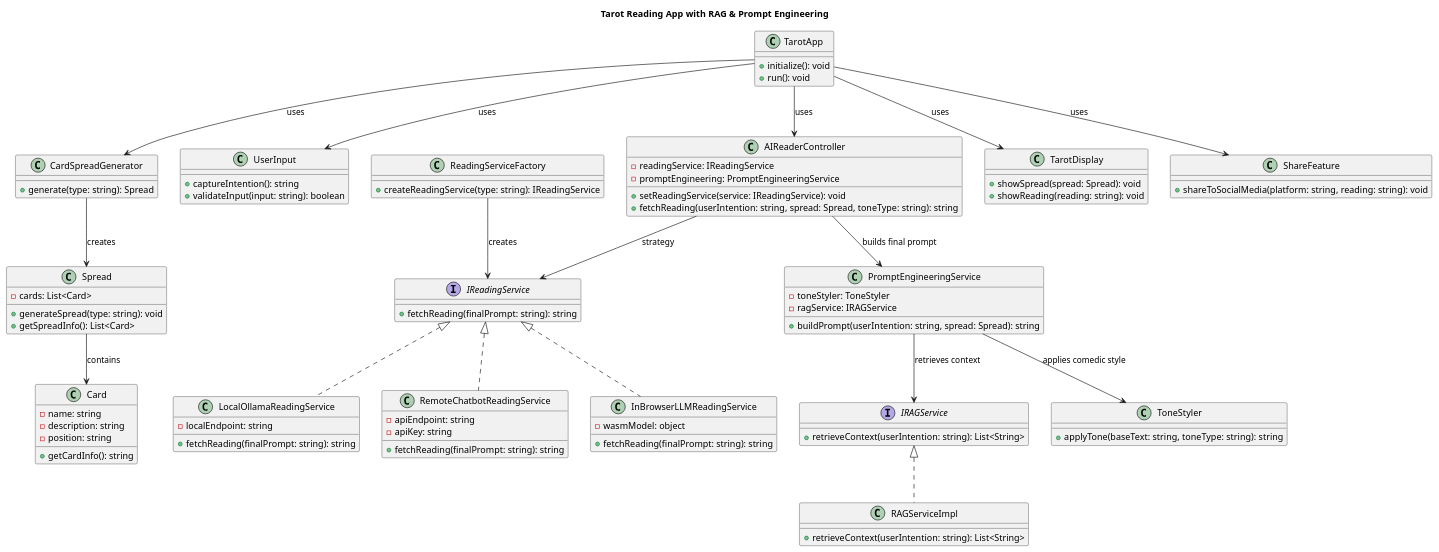
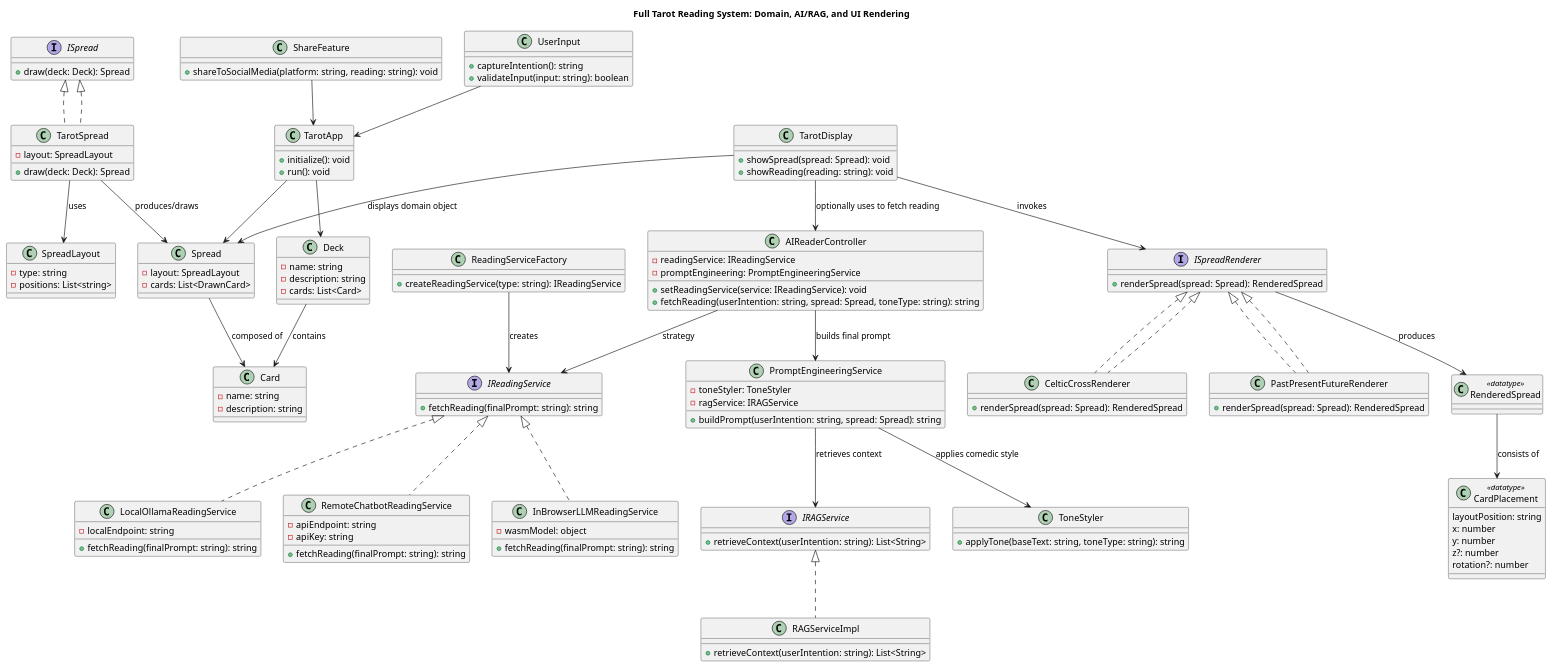
Before and after one commit to ChopkinsAtMethod/tarote: the diagram in umlSpecs/frontend.puml, drawn with PlantUML. The commit also changed 1 other file, not shown here.

Commit message:
update full class diagram UML

```diff
--- a/umlSpecs/frontend.puml
+++ b/umlSpecs/frontend.puml
@@ -1,131 +1,168 @@
 @startuml
+title "Full Tarot Reading System: Domain, AI/RAG, and UI Rendering"
 
-title "Tarot Reading App with RAG & Prompt Engineering"
+' ------------------- DOMAIN LAYER -------------------
 
-' -- INTERFACES --
+class Card {
+  - name: string
+  - description: string
+  ' orientation & position assigned only when drawn
+}
+
+class Deck {
+  - name: string
+  - description: string
+  - cards: List<Card>
+}
+
+class SpreadLayout {
+  - type: string
+  - positions: List<string>
+}
+
+interface ISpread {
+  + draw(deck: Deck): Spread
+}
+
+class TarotSpread implements ISpread {
+  - layout: SpreadLayout
+  + draw(deck: Deck): Spread
+}
+
+class Spread {
+  - layout: SpreadLayout
+  - cards: List<DrawnCard>
+  ' (DrawnCard = Card + assigned orientation/position)
+}
+
+' ------------------- AI & RAG LAYER -------------------
 
 interface IReadingService {
   + fetchReading(finalPrompt: string): string
 }
-
-interface IRAGService {
-  + retrieveContext(userIntention: string): List<String>
-}
-
-' -- RAG & PROMPT ENGINEERING --
-
-class RAGServiceImpl {
-  + retrieveContext(userIntention: string): List<String>
-}
-
-class PromptEngineeringService {
-  - toneStyler: ToneStyler
-  - ragService: IRAGService
-  + buildPrompt(userIntention: string, spread: Spread): string
-}
-
-class ToneStyler {
-  + applyTone(baseText: string, toneType: string): string
-}
-
-' -- CONCRETE IMPLEMENTATIONS OF READING SERVICE --
 
 class LocalOllamaReadingService {
   - localEndpoint: string
   + fetchReading(finalPrompt: string): string
 }
 
 class RemoteChatbotReadingService {
   - apiEndpoint: string
   - apiKey: string
   + fetchReading(finalPrompt: string): string
 }
 
 class InBrowserLLMReadingService {
   - wasmModel: object
   + fetchReading(finalPrompt: string): string
 }
 
-' ReadingServiceFactory: decides which IReadingService to create
 class ReadingServiceFactory {
   + createReadingService(type: string): IReadingService
 }
 
-' -- CORE APP CLASSES --
-
-class TarotApp {
-  +initialize(): void
-  +run(): void
+interface IRAGService {
+  + retrieveContext(userIntention: string): List<String>
 }
 
-class UserInput {
-  +captureIntention(): string
-  +validateInput(input: string): boolean
+class RAGServiceImpl {
+  + retrieveContext(userIntention: string): List<String>
 }
 
-class Card {
-  -name: string
-  -description: string
-  -position: string
-  +getCardInfo(): string
+class PromptEngineeringService {
+  - toneStyler: ToneStyler
+  - ragService: IRAGService
+  + buildPrompt(userIntention: string, spread: Spread): string
 }
 
-class Spread {
-  -cards: List<Card>
-  +generateSpread(type: string): void
-  +getSpreadInfo(): List<Card>
+class ToneStyler {
+  + applyTone(baseText: string, toneType: string): string
 }
 
-class CardSpreadGenerator {
-  +generate(type: string): Spread
-}
-
-'
-' AIReaderController: Now it depends on PromptEngineeringService + IReadingService
-'
 class AIReaderController {
   - readingService: IReadingService
   - promptEngineering: PromptEngineeringService
   + setReadingService(service: IReadingService): void
   + fetchReading(userIntention: string, spread: Spread, toneType: string): string
 }
 
+' ------------------- UI & RENDERING LAYER -------------------
+
+interface ISpreadRenderer {
+  + renderSpread(spread: Spread): RenderedSpread
+}
+
+class CelticCrossRenderer implements ISpreadRenderer {
+  + renderSpread(spread: Spread): RenderedSpread
+}
+
+class PastPresentFutureRenderer implements ISpreadRenderer {
+  + renderSpread(spread: Spread): RenderedSpread
+}
+
+class CardPlacement <<datatype>> {
+  layoutPosition: string
+  x: number
+  y: number
+  z?: number
+  rotation?: number
+}
+
+class RenderedSpread <<datatype>> {
+  ' This can be an array of CardPlacement or a ReactElement tree
+}
+
 class TarotDisplay {
-  +showSpread(spread: Spread): void
-  +showReading(reading: string): void
+  + showSpread(spread: Spread): void
+  + showReading(reading: string): void
+}
+
+class UserInput {
+  + captureIntention(): string
+  + validateInput(input: string): boolean
 }
 
 class ShareFeature {
-  +shareToSocialMedia(platform: string, reading: string): void
+  + shareToSocialMedia(platform: string, reading: string): void
 }
 
-' -- RELATIONSHIPS --
+class TarotApp {
+  + initialize(): void
+  + run(): void
+}
 
-' Reading Services implement IReadingService
+' ------------------- RELATIONSHIPS -------------------
+
+' Domain
+ISpread <|.. TarotSpread
+TarotSpread --> SpreadLayout : "uses"
+TarotSpread --> Spread : "produces/draws"
+Spread --> Card : "composed of"
+Deck --> Card : "contains"
+
+' AI & RAG
 IReadingService <|.. LocalOllamaReadingService
 IReadingService <|.. RemoteChatbotReadingService
 IReadingService <|.. InBrowserLLMReadingService
-
-' RAG service
-IRAGService <|.. RAGServiceImpl
-
-' Factory creates whichever reading service is needed
 ReadingServiceFactory --> IReadingService : "creates"
 
-' AIReaderController uses both the reading service and prompt engineering
+IRAGService <|.. RAGServiceImpl
+PromptEngineeringService --> IRAGService : "retrieves context"
+PromptEngineeringService --> ToneStyler : "applies comedic style"
 AIReaderController --> IReadingService : "strategy"
 AIReaderController --> PromptEngineeringService : "builds final prompt"
 
-PromptEngineeringService --> IRAGService : "retrieves context"
-PromptEngineeringService --> ToneStyler : "applies comedic style"
-
-TarotApp --> UserInput : "uses"
-TarotApp --> CardSpreadGenerator : "uses"
-TarotApp --> AIReaderController : "uses"
-TarotApp --> TarotDisplay : "uses"
-TarotApp --> ShareFeature : "uses"
-
-CardSpreadGenerator --> Spread : "creates"
-Spread --> Card : "contains"
+' UI & Rendering
+ISpreadRenderer <|.. CelticCrossRenderer
+ISpreadRenderer <|.. PastPresentFutureRenderer
+ISpreadRenderer --> RenderedSpread : "produces"
+RenderedSpread --> CardPlacement : "consists of"
+TarotDisplay --> ISpreadRenderer : "invokes"
+TarotDisplay --> Spread : "displays domain object"
+TarotDisplay --> AIReaderController : "optionally uses to fetch reading"
+UserInput --> TarotApp
+ShareFeature --> TarotApp
+TarotApp --> Deck
+TarotApp --> Spread
 
 @enduml
```
